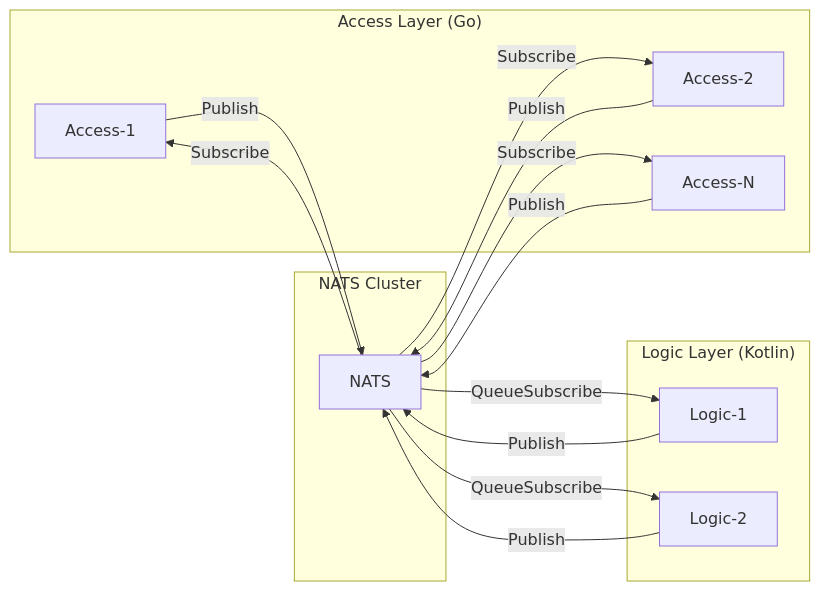
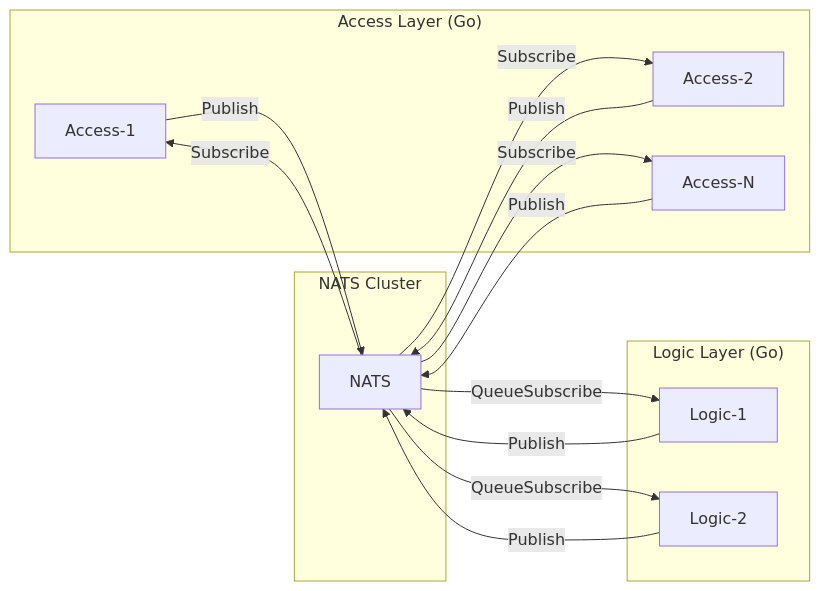
One commit to zhwillwintheworld/im-go changed the first of 8 diagrams in docs/logic-layer-architecture.md. Above: the diagram before and after it, drawn with Mermaid. The commit also changed other lines of this file and 87 other files, not shown here.

````diff
--- a/docs/logic-layer-architecture.md
+++ b/docs/logic-layer-architecture.md
@@ -45,22 +43,22 @@
 ```mermaid
 graph LR
     subgraph AccessLayer["Access Layer (Go)"]
         A1[Access-1]
         A2[Access-2]
         A3[Access-N]
     end
 
     subgraph NATS["NATS Cluster"]
         N[NATS]
     end
 
-    subgraph LogicLayer["Logic Layer (Kotlin)"]
+    subgraph LogicLayer["Logic Layer (Go)"]
         L1[Logic-1]
         L2[Logic-2]
     end
 
     A1 & A2 & A3 -->|Publish| N
     N -->|QueueSubscribe| L1 & L2
     L1 & L2 -->|Publish| N
     N -->|Subscribe| A1 & A2 & A3
 ```
````
